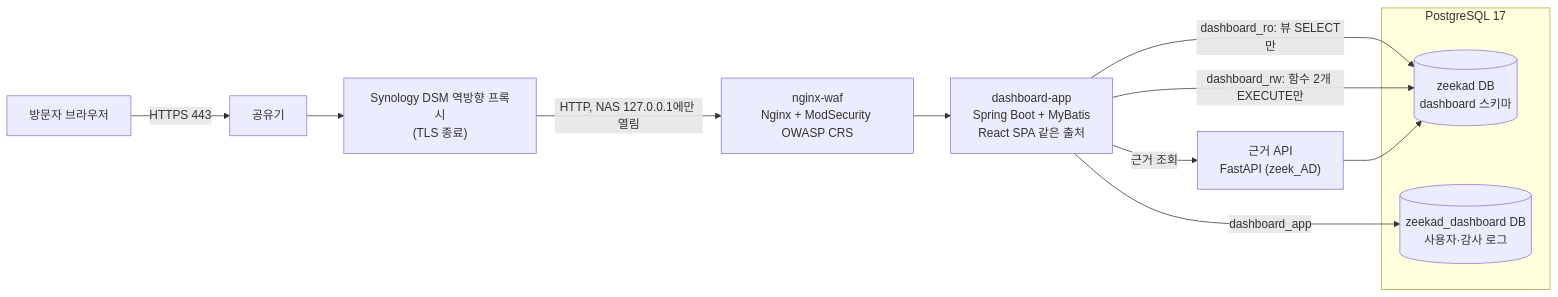
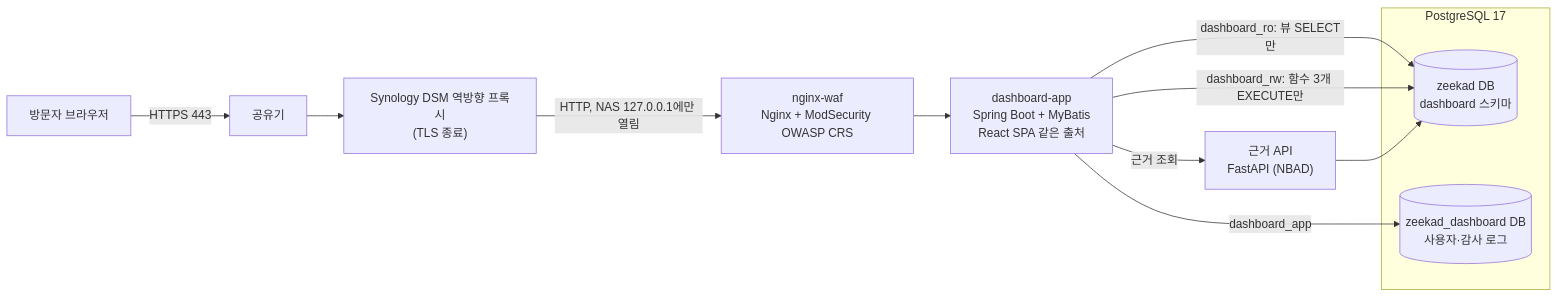
Before and after one commit to prosild/nbad-dashboard: the diagram in README.md, drawn with Mermaid. The commit also changed other lines of this file and 4 other files, not shown here.

````diff
--- a/README.md
+++ b/README.md
@@ -44,16 +54,16 @@
 ```mermaid
 flowchart LR
     V["방문자 브라우저"] -->|"HTTPS 443"| R["공유기"]
     R --> D["Synology DSM 역방향 프록시<br/>(TLS 종료)"]
     D -->|"HTTP, NAS 127.0.0.1에만 열림"| W["nginx-waf<br/>Nginx + ModSecurity OWASP CRS"]
     W --> A["dashboard-app<br/>Spring Boot + MyBatis<br/>React SPA 같은 출처"]
-    A -->|"근거 조회"| E["근거 API<br/>FastAPI (zeek_AD)"]
+    A -->|"근거 조회"| E["근거 API<br/>FastAPI (NBAD)"]
     subgraph PG["PostgreSQL 17"]
         Z[("zeekad DB<br/>dashboard 스키마")]
         B[("zeekad_dashboard DB<br/>사용자·감사 로그")]
     end
     A -->|"dashboard_ro: 뷰 SELECT만"| Z
-    A -->|"dashboard_rw: 함수 2개 EXECUTE만"| Z
+    A -->|"dashboard_rw: 함수 3개 EXECUTE만"| Z
     A -->|"dashboard_app"| B
     E --> Z
 ```
````
